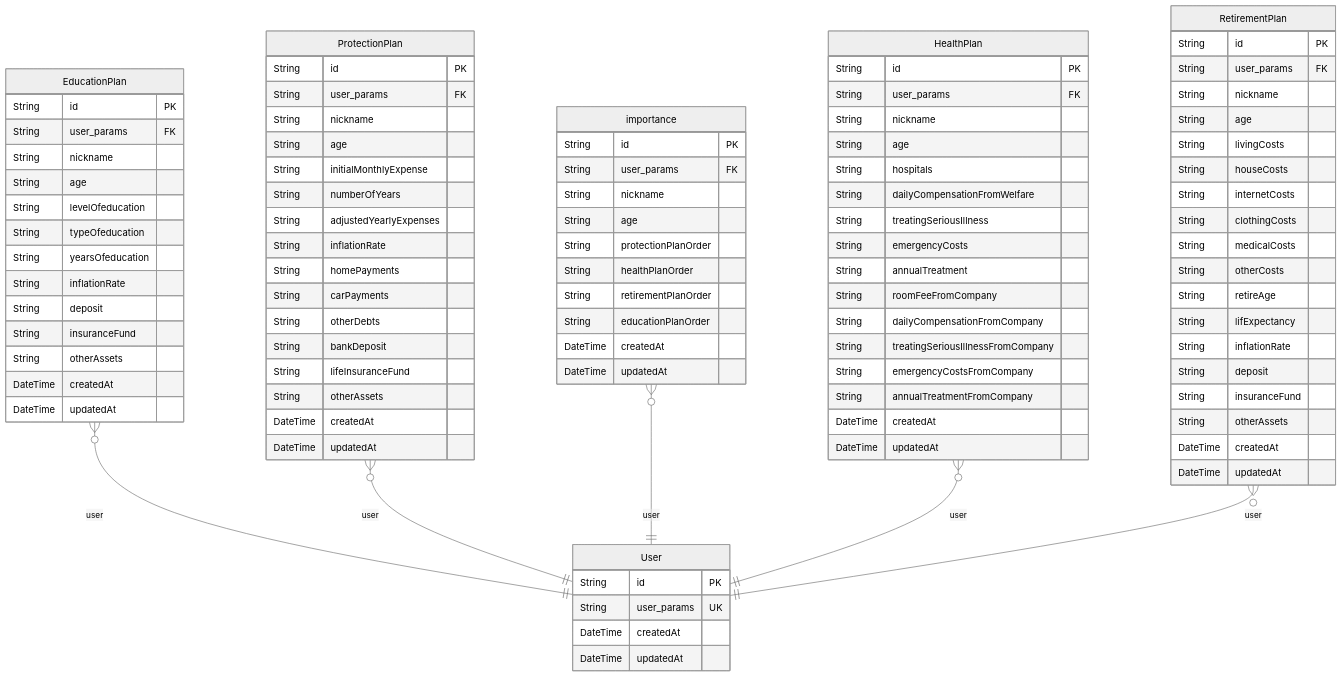
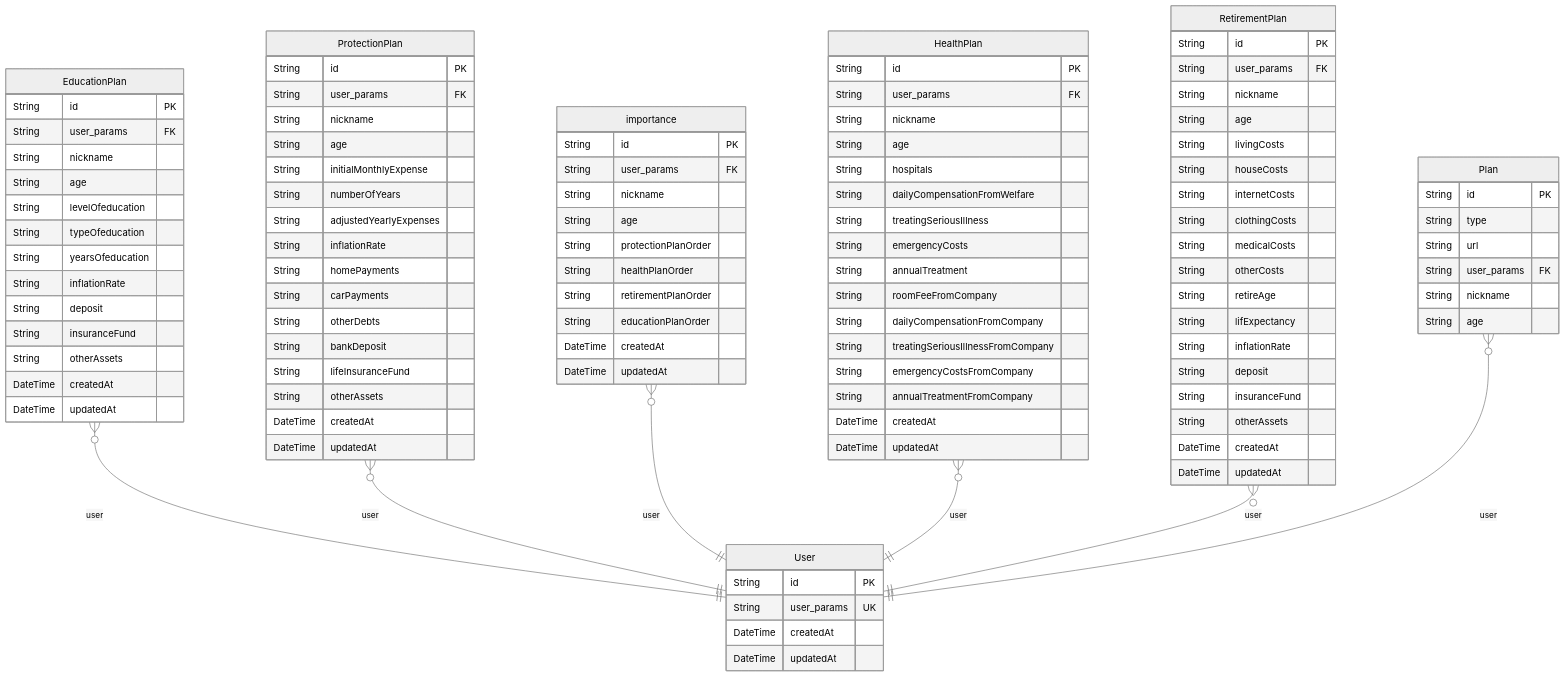
The diagram in prisma/ERD.md (H-lab-official/Financial-Health-Check-BE), drawn with Mermaid (neutral theme) before and after one commit. The commit also changed other lines of this file and 4 other files, not shown here.

````diff
--- a/prisma/ERD.md
+++ b/prisma/ERD.md
@@ -95,9 +95,18 @@
   DateTime createdAt
   DateTime updatedAt
 }
+"Plan" {
+  String id PK
+  String type
+  String url
+  String user_params FK
+  String nickname
+  String age
+}
 "EducationPlan" }o--|| "User" : user
 "ProtectionPlan" }o--|| "User" : user
 "importance" }o--|| "User" : user
 "HealthPlan" }o--|| "User" : user
 "RetirementPlan" }o--|| "User" : user
+"Plan" }o--|| "User" : user
 ```
````
